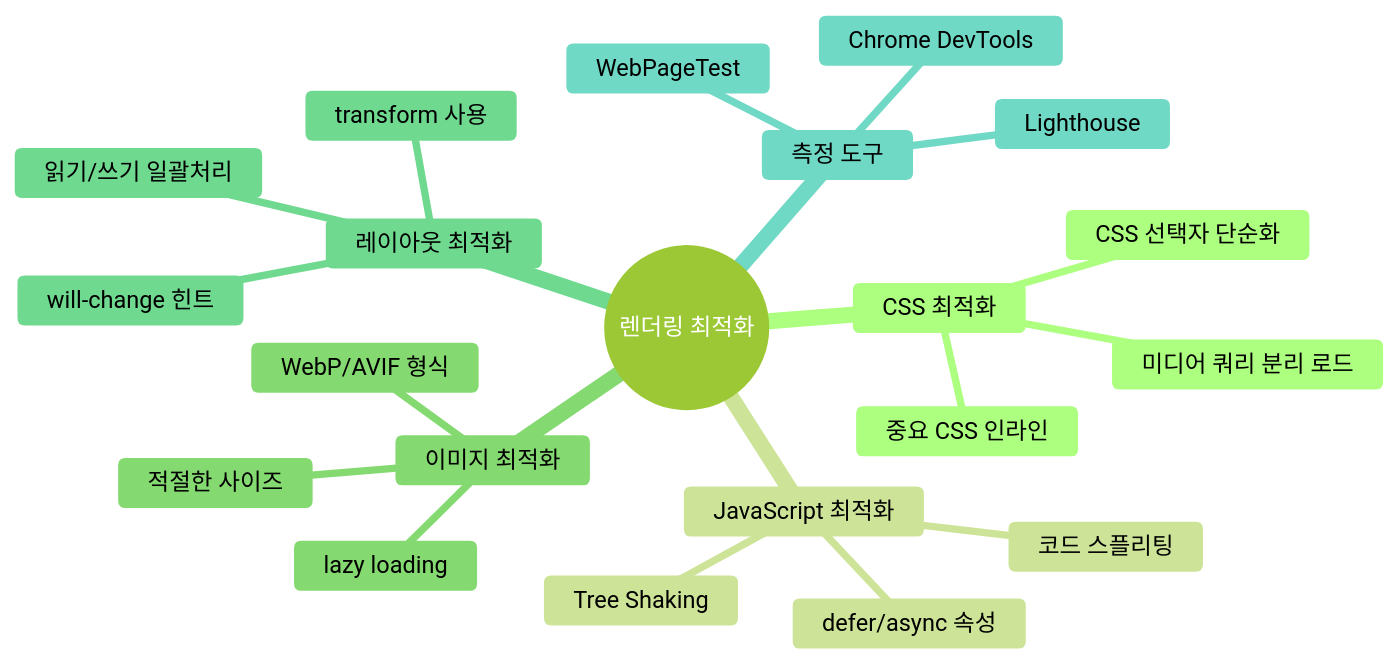
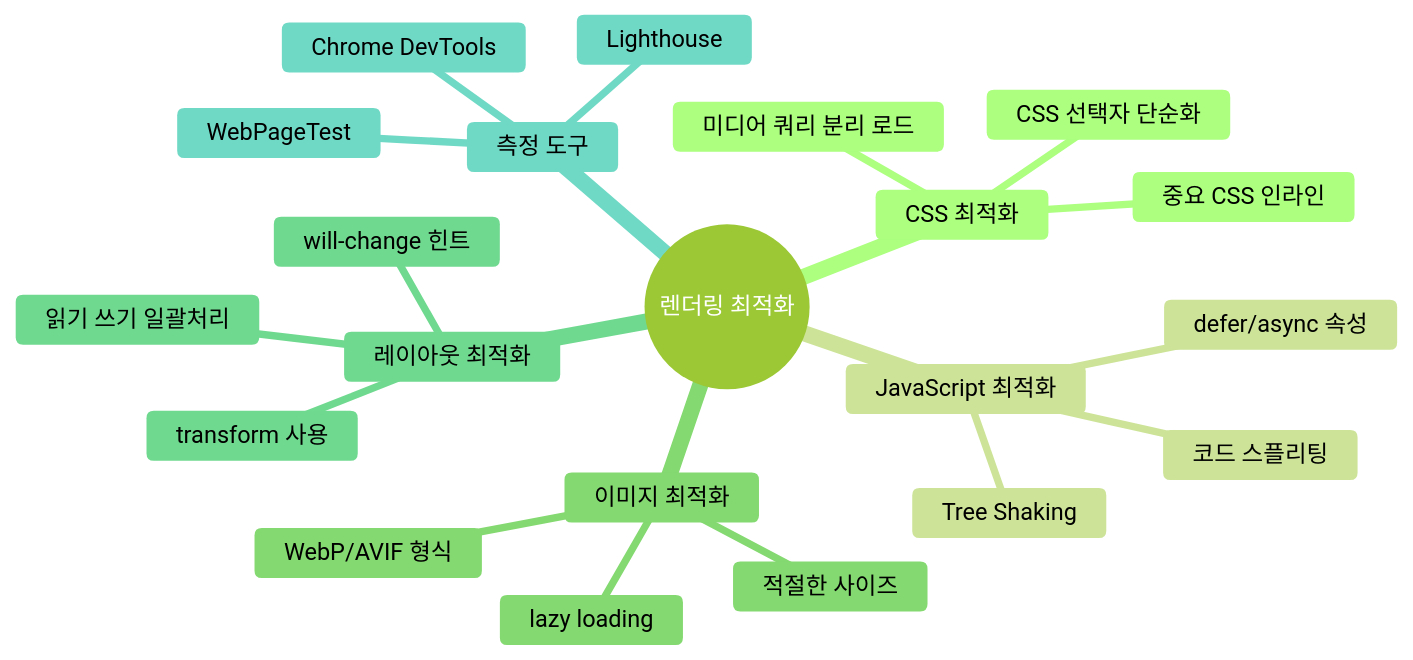
The tenth of 10 diagrams in _posts/frontend/2026-05-02-browser-rendering.md (yjkim2015/yjkim2015.github.io), drawn with Mermaid (forest theme) before and after one commit. The commit also changed other lines of this file and 122 other files, not shown here.

````diff
--- a/_posts/frontend/2026-05-02-browser-rendering.md
+++ b/_posts/frontend/2026-05-02-browser-rendering.md
@@ -515,24 +441,24 @@
 ```mermaid
 mindmap
   root((렌더링 최적화))
     CSS 최적화
       중요 CSS 인라인
       미디어 쿼리 분리 로드
       CSS 선택자 단순화
     JavaScript 최적화
       defer/async 속성
       코드 스플리팅
       Tree Shaking
     이미지 최적화
       WebP/AVIF 형식
       lazy loading
       적절한 사이즈
     레이아웃 최적화
-      읽기/쓰기 일괄처리
+      읽기 쓰기 일괄처리
       transform 사용
       will-change 힌트
     측정 도구
       Chrome DevTools
       Lighthouse
       WebPageTest
 ```
````
